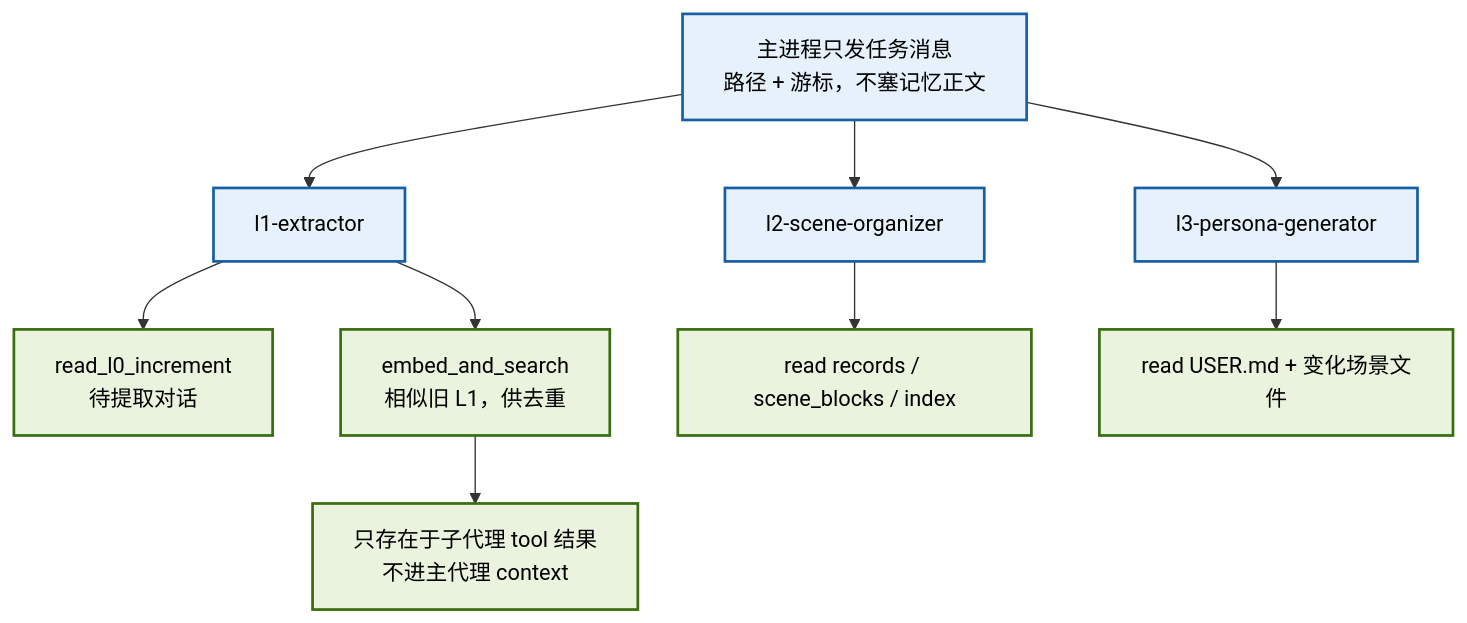
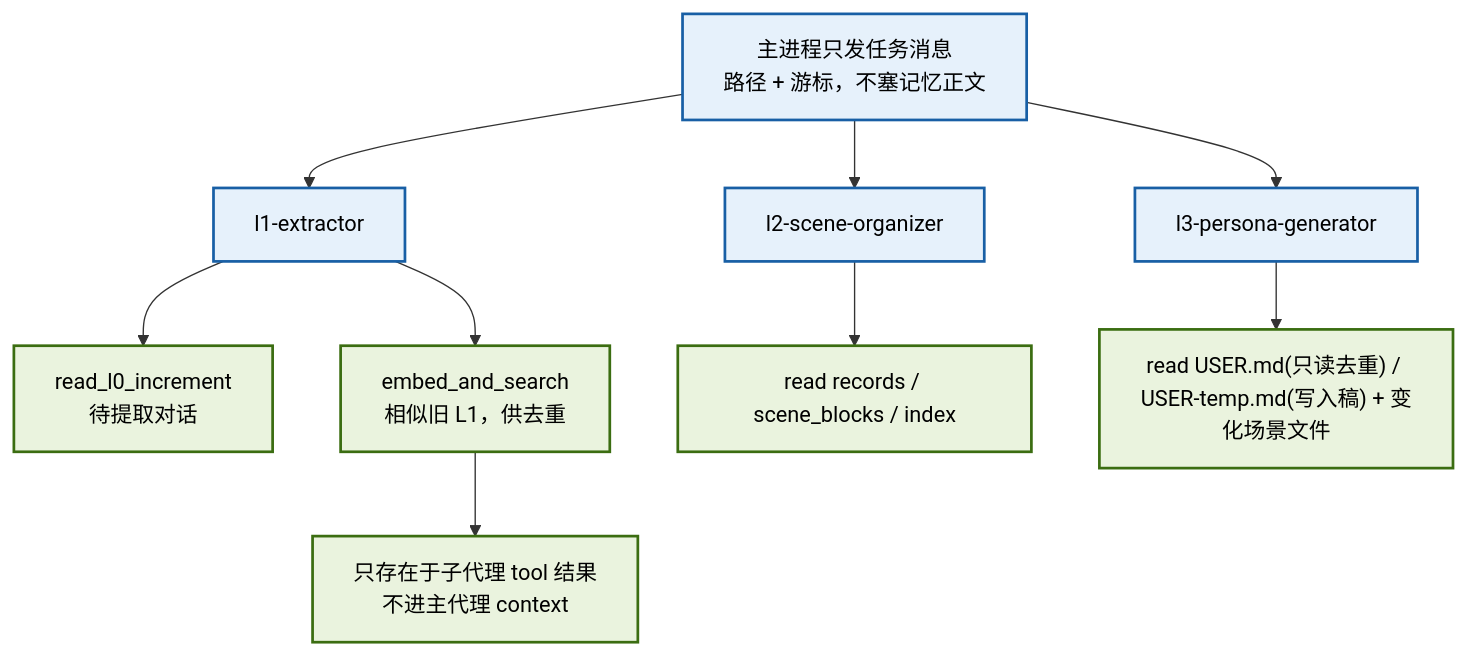
The seventh of 7 diagrams in 记忆系统架构说明.md (yinwenyuan28-afk/pi-memory-system), drawn with Mermaid before and after one commit. The commit also changed other lines of this file and 20 other files, not shown here.

First line of the commit message:
feat(memory-system): L3 改去写提议稿 USER-temp.md——live 画像只读、人工并入

````diff
--- a/记忆系统架构说明.md
+++ b/记忆系统架构说明.md
@@ -580,18 +589,18 @@
 ```mermaid
 flowchart TD
     classDef blue fill:#E6F1FB,stroke:#185FA5,stroke-width:2px,color:#000
     classDef green fill:#EAF3DE,stroke:#3B6D11,stroke-width:2px,color:#000
 
     T["主进程只发任务消息<br/>路径 + 游标，不塞记忆正文"]:::blue
 
     T --> L1["l1-extractor"]:::blue
     L1 --> A["read_l0_increment<br/>待提取对话"]:::green
     L1 --> B["embed_and_search<br/>相似旧 L1，供去重"]:::green
     B --> C["只存在于子代理 tool 结果<br/>不进主代理 context"]:::green
 
     T --> L2["l2-scene-organizer"]:::blue
     L2 --> D["read records / scene_blocks / index"]:::green
 
     T --> L3["l3-persona-generator"]:::blue
-    L3 --> E["read USER.md + 变化场景文件"]:::green
+    L3 --> E["read USER.md(只读去重) / USER-temp.md(写入稿) + 变化场景文件"]:::green
 ```
````
